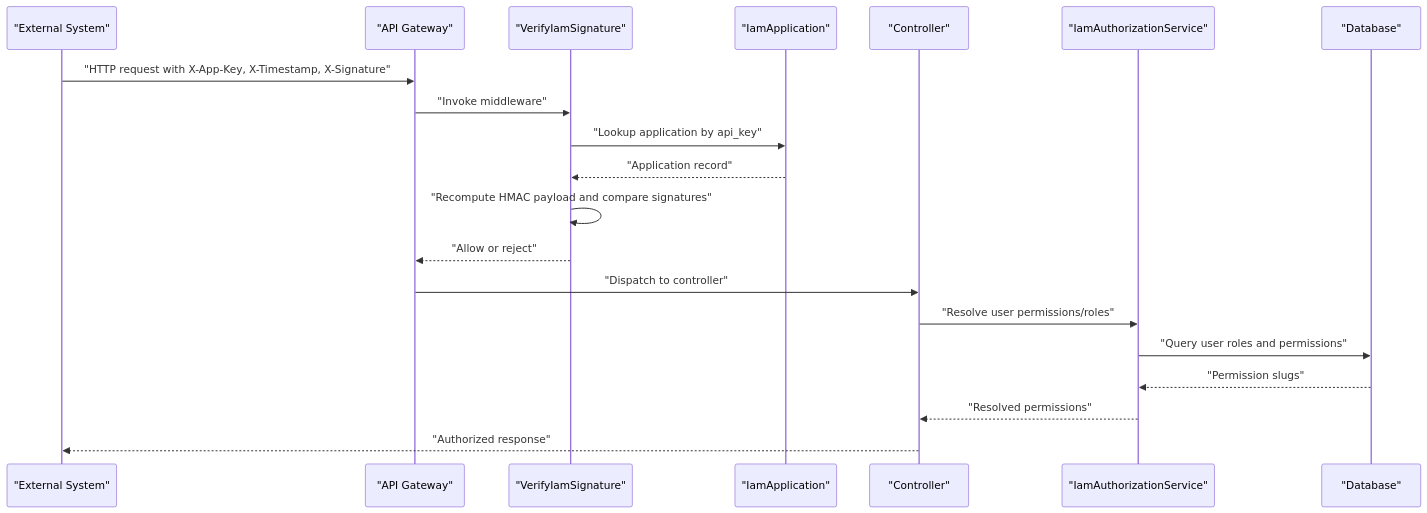
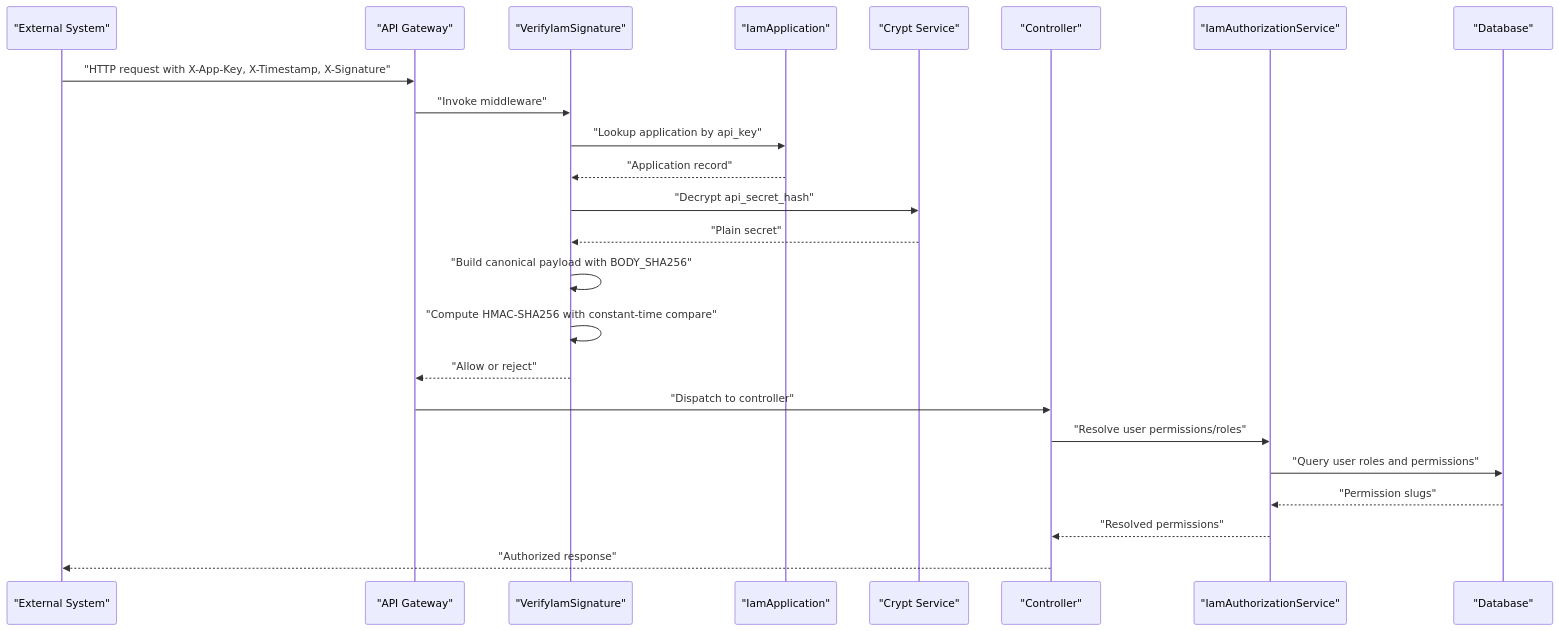
Before and after one commit to PA-Penajam/kepegawaian_apps: the second of 9 diagrams in .qoder/repowiki/en/content/Identity and Access Management (IAM)/Identity and Access Management (IAM).md, drawn with Mermaid. The commit also changed other lines of this file and 22 other files, not shown here.

````diff
--- a/.qoder/repowiki/en/content/Identity and Access Management (IAM)/Identity and Access Management (IAM).md
+++ b/.qoder/repowiki/en/content/Identity and Access Management (IAM)/Identity and Access Management (IAM).md
@@ -155,22 +172,26 @@
 ```mermaid
 sequenceDiagram
 participant Ext as "External System"
 participant API as "API Gateway"
 participant Sig as "VerifyIamSignature"
 participant App as "IamApplication"
+participant Crypto as "Crypt Service"
 participant Ctl as "Controller"
 participant Auth as "IamAuthorizationService"
 participant DB as "Database"
 Ext->>API : "HTTP request with X-App-Key, X-Timestamp, X-Signature"
 API->>Sig : "Invoke middleware"
 Sig->>App : "Lookup application by api_key"
 App-->>Sig : "Application record"
-Sig->>Sig : "Recompute HMAC payload and compare signatures"
+Sig->>Crypto : "Decrypt api_secret_hash"
+Crypto-->>Sig : "Plain secret"
+Sig->>Sig : "Build canonical payload with BODY_SHA256"
+Sig->>Sig : "Compute HMAC-SHA256 with constant-time compare"
 Sig-->>API : "Allow or reject"
 API->>Ctl : "Dispatch to controller"
 Ctl->>Auth : "Resolve user permissions/roles"
 Auth->>DB : "Query user roles and permissions"
 DB-->>Auth : "Permission slugs"
 Auth-->>Ctl : "Resolved permissions"
 Ctl-->>Ext : "Authorized response"
 ```
````
